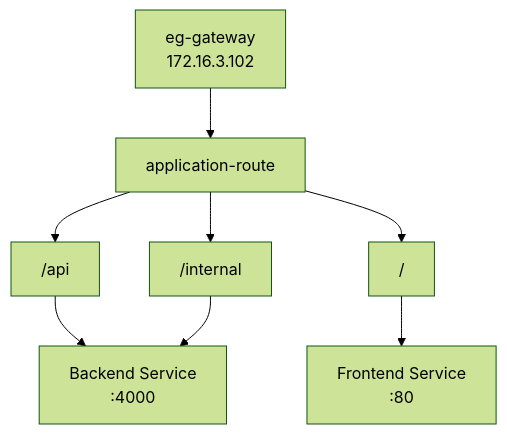
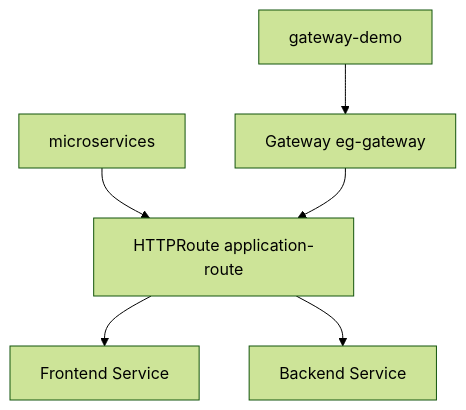
One commit to ahmed-sayed-devops/microservices-platform-gitops changed the fifth of 11 diagrams in docs/03-gateway-api/README.md. Above: the diagram before and after it, drawn with Mermaid (forest theme). The commit also changed other lines of this file, not shown here.

Commit message:
docs: improve Gateway API diagrams

````diff
--- a/docs/03-gateway-api/README.md
+++ b/docs/03-gateway-api/README.md
@@ -375,24 +417,15 @@
 ```mermaid
 graph TD
+    GatewayNS[gateway-demo]
+    Gateway[Gateway eg-gateway]
+    AppNS[microservices]
+    Route[HTTPRoute application-route]
+    Frontend[Frontend Service]
+    Backend[Backend Service]
 
-    Gateway["eg-gateway<br/>172.16.3.102"]
-
-    Route["application-route"]
-
-    API["/api"]
-    Internal["/internal"]
-    Root["/"]
-
-    Backend["Backend Service<br/>:4000"]
-    Frontend["Frontend Service<br/>:80"]
-
+    GatewayNS --> Gateway
+    AppNS --> Route
     Gateway --> Route
-
-    Route --> API
-    Route --> Internal
-    Route --> Root
-
-    API --> Backend
-    Internal --> Backend
-    Root --> Frontend
+    Route --> Frontend
+    Route --> Backend
 ```
````
